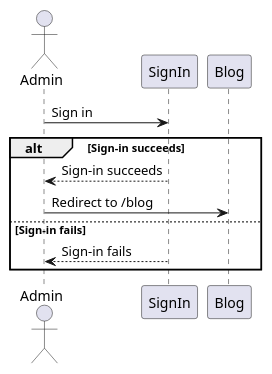
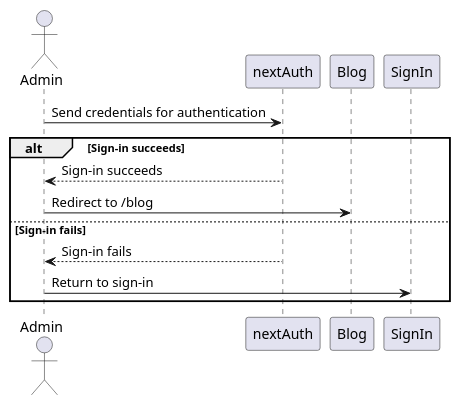
Before and after one commit to JamieLoLo/personal_website: the second of 10 diagrams in adminSequenceDiagram.md, drawn with PlantUML.

Commit message:
[UPDATE] admin sequence diagram

````diff
--- a/adminSequenceDiagram.md
+++ b/adminSequenceDiagram.md
@@ -22,12 +22,13 @@
 ```plantuml
 @startuml
 actor Admin
-Admin -> SignIn : Sign in
+Admin -> nextAuth : Send credentials for authentication
 alt Sign-in succeeds
-    SignIn --> Admin : Sign-in succeeds
+    nextAuth --> Admin : Sign-in succeeds
     Admin -> Blog : Redirect to /blog
 else Sign-in fails
-    SignIn --> Admin : Sign-in fails
+    nextAuth --> Admin : Sign-in fails
+    Admin -> SignIn : Return to sign-in
 end
 @enduml
 ```
````
